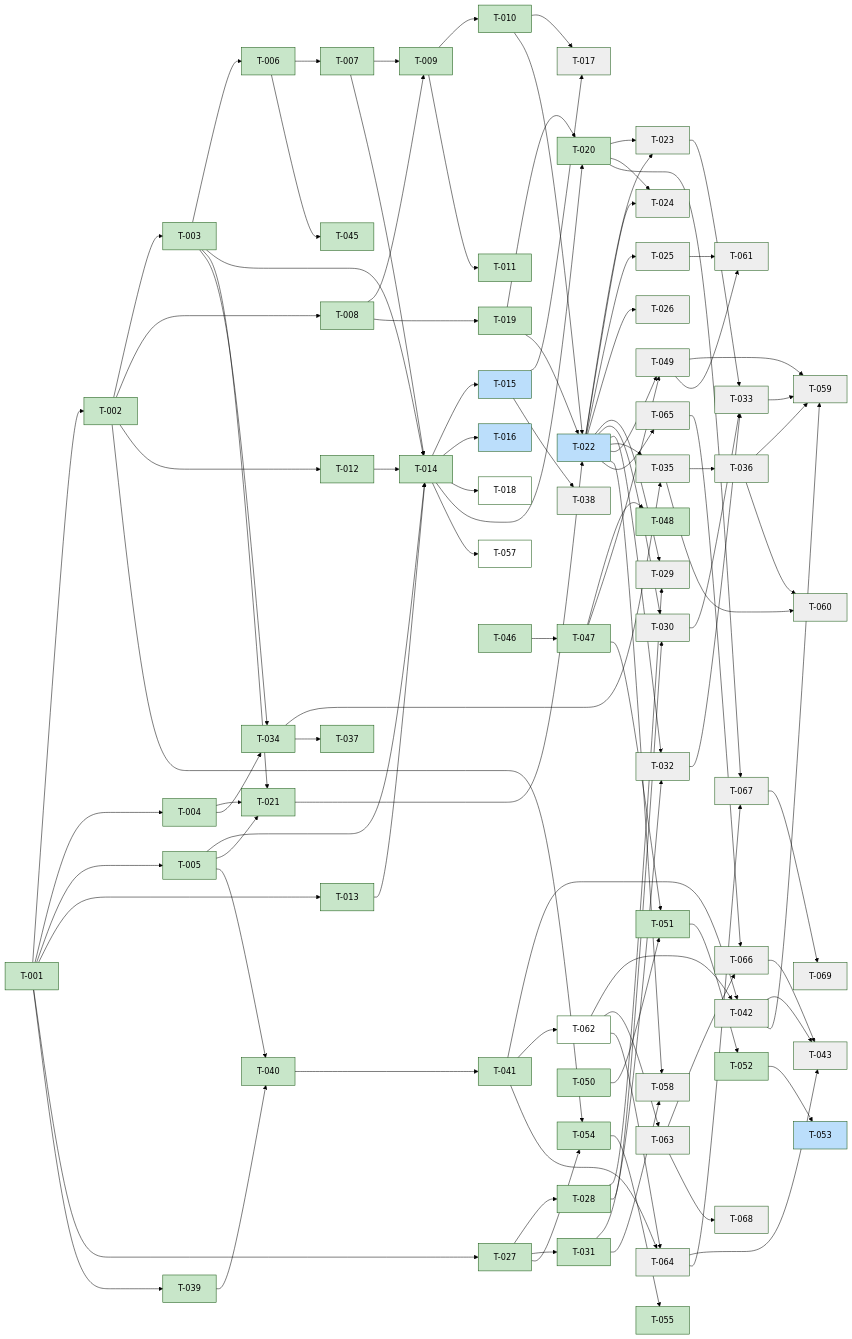
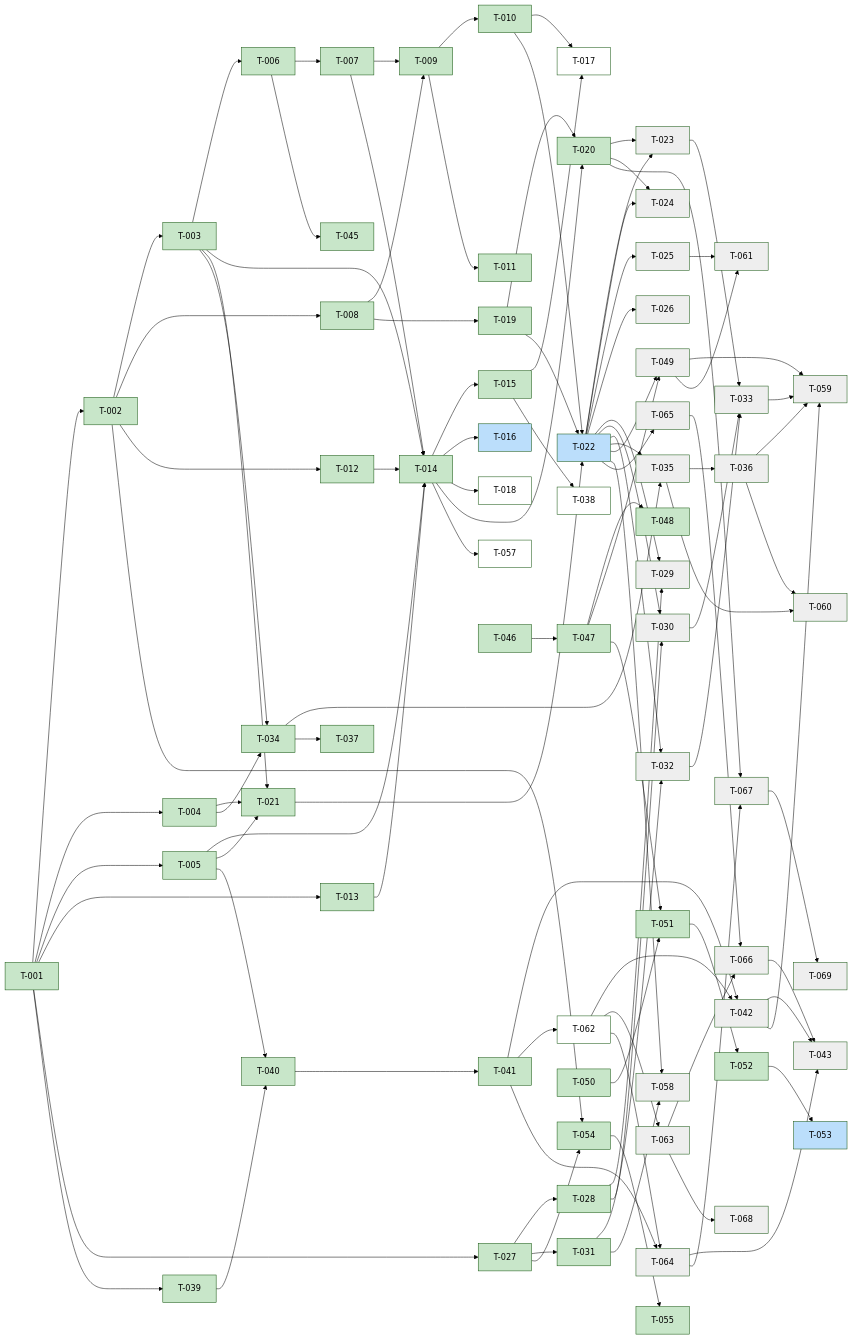
One commit to scholtz/biatec-chat changed the diagram in kanban/BOARD.md. Above: the diagram before and after it, drawn with Mermaid (forest theme). The commit also changed other lines of this file and 3 other files, not shown here.

````diff
--- a/kanban/BOARD.md
+++ b/kanban/BOARD.md
@@ -210,8 +210,8 @@
   classDef inprogress fill:#bbdefb
   classDef backlog fill:#ffffff
   classDef blocked fill:#eeeeee
-  class T001,T002,T003,T004,T005,T006,T007,T008,T009,T010,T011,T012,T013,T014,T019,T020,T021,T027,T028,T031,T034,T037,T039,T040,T041,T044,T045,T046,T047,T048,T050,T051,T052,T054,T055,T056 done
-  class T015,T022,T016,T053 inprogress
-  class T062,T018,T057 backlog
-  class T023,T042,T017,T024,T029,T030,T032,T033,T035,T036,T038,T049,T059,T063,T064,T025,T026,T043,T065,T066,T068,T058,T060,T061,T067,T069 blocked
+  class T001,T002,T003,T004,T005,T006,T007,T008,T009,T010,T011,T012,T013,T014,T015,T019,T020,T021,T027,T028,T031,T034,T037,T039,T040,T041,T044,T045,T046,T047,T048,T050,T051,T052,T054,T055,T056 done
+  class T022,T016,T053 inprogress
+  class T017,T038,T062,T018,T057 backlog
+  class T023,T042,T024,T029,T030,T032,T033,T035,T036,T049,T059,T063,T064,T025,T026,T043,T065,T066,T068,T058,T060,T061,T067,T069 blocked
 ```
````
